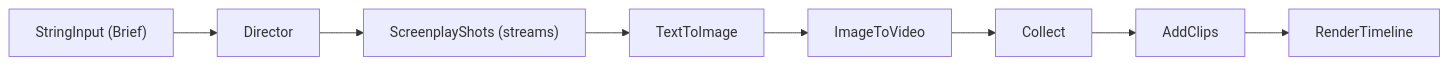
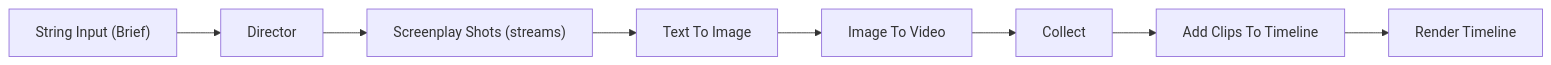
Before and after one commit to nodetool-ai/nodetool: the second of 8 diagrams in docs/cookbook/patterns.md, drawn with Mermaid. The commit also changed other lines of this file and 2 other files, not shown here.

```diff
--- a/docs/cookbook/patterns.md
+++ b/docs/cookbook/patterns.md
@@ -69,12 +68,12 @@
 {% mermaid %}
 graph LR
-  brief["StringInput (Brief)"]
+  brief["String Input (Brief)"]
   dir["Director"]
-  shots["ScreenplayShots (streams)"]
-  still["TextToImage"]
-  clip["ImageToVideo"]
+  shots["Screenplay Shots (streams)"]
+  still["Text To Image"]
+  clip["Image To Video"]
   collect["Collect"]
-  cut["AddClips"]
-  render["RenderTimeline"]
+  cut["Add Clips To Timeline"]
+  render["Render Timeline"]
   brief --> dir --> shots --> still --> clip --> collect --> cut --> render
 {% endmermaid %}
```
